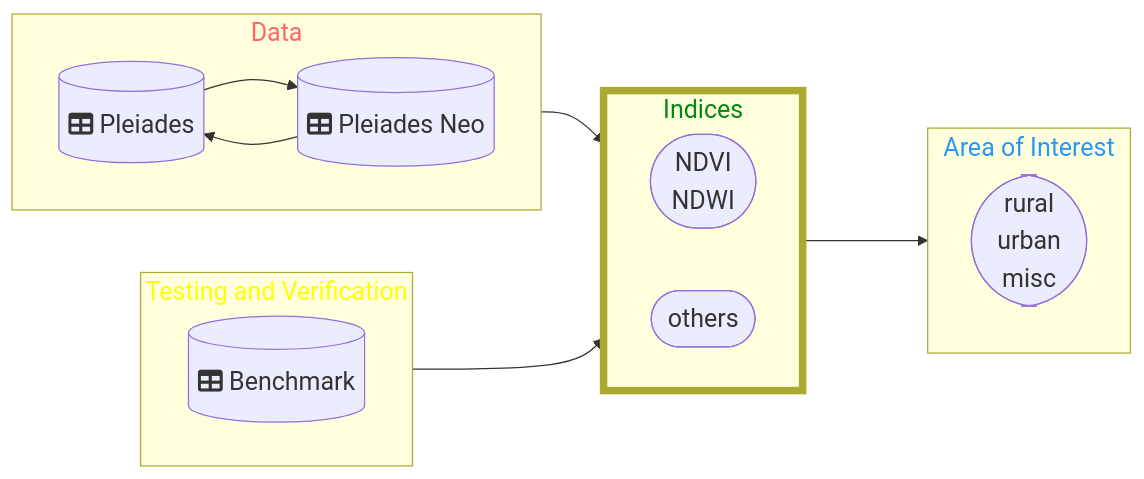
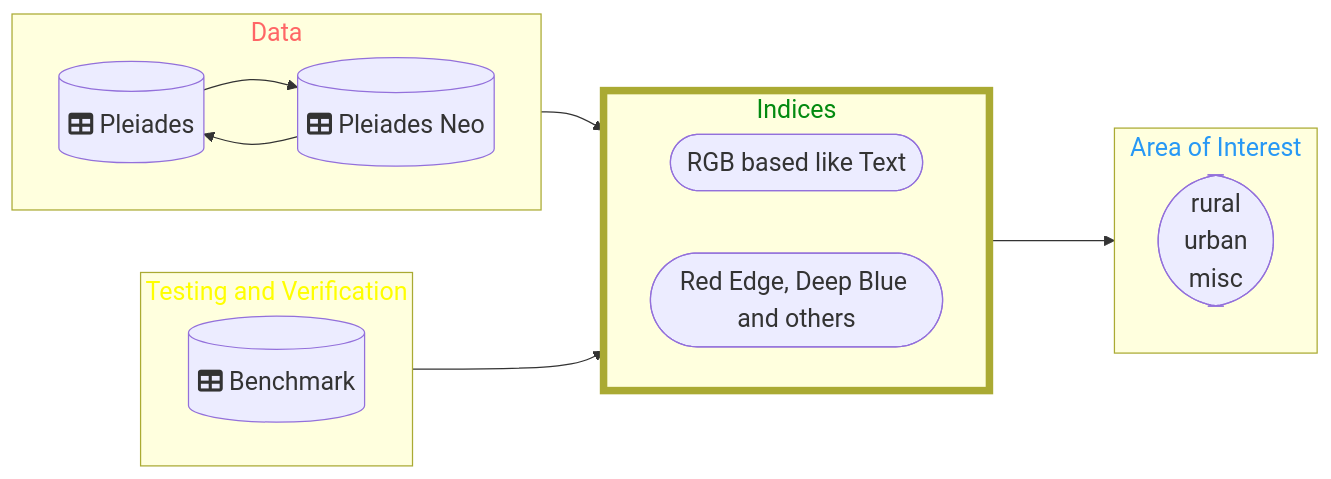
Before and after one commit to DippoldEJ/Feature-Detection-and-Explanation: the diagram in Area-Features/README.md, drawn with Mermaid.

````diff
--- a/Area-Features/README.md
+++ b/Area-Features/README.md
@@ -14,43 +14,44 @@
 ```mermaid
 flowchart LR;
 %%{init: {
 	'themeVariables': { 'fontSize': '20px', 'fontFamily': 'Didot'}
 	}
 }%%
 
  subgraph n[Data]
         direction LR
         h[(fa:fa-table Pleiades)]
         b[(fa:fa-table Pleiades Neo)]
     end
 
  subgraph q[Testing and Verification]
         direction LR
         r[(fa:fa-table Benchmark)]
     end
 
  subgraph o[Indices]
         direction LR
-        j([NDVI <br /> NDWI])
-        m([others])
+        j([NIR based like NDVI])
+        j([RGB based like Text])
+        m([Red Edge, Deep Blue and others])
     end
 
 subgraph p[Area of Interest]
     a([rural <br /> urban  <br />  misc])
     end
 
 style n color:#f66
 style o stroke-width:6px
 style o color:#028A0F
 style p color:#2798F5
 style q color:#FFFF00
 
 n-->o
 o-->p
 q-->o
 
 
 h-->b
 b-->h
 
 ```
````
